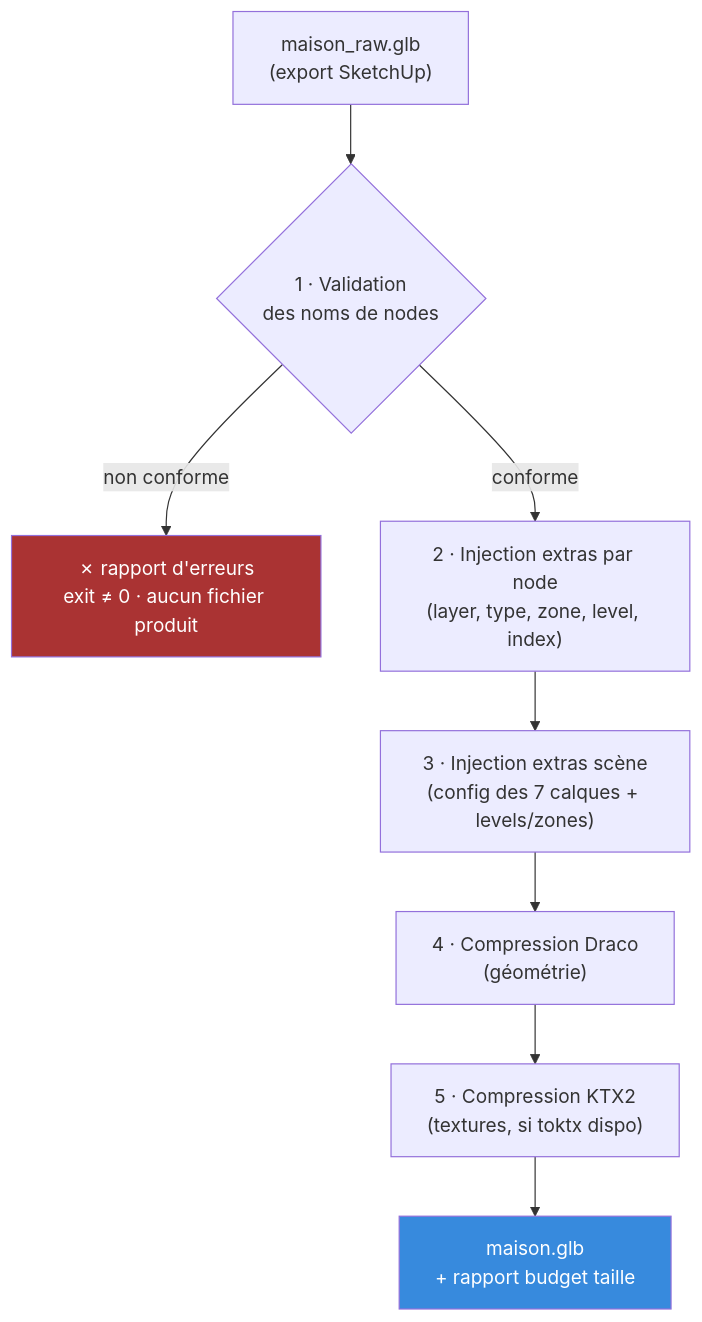
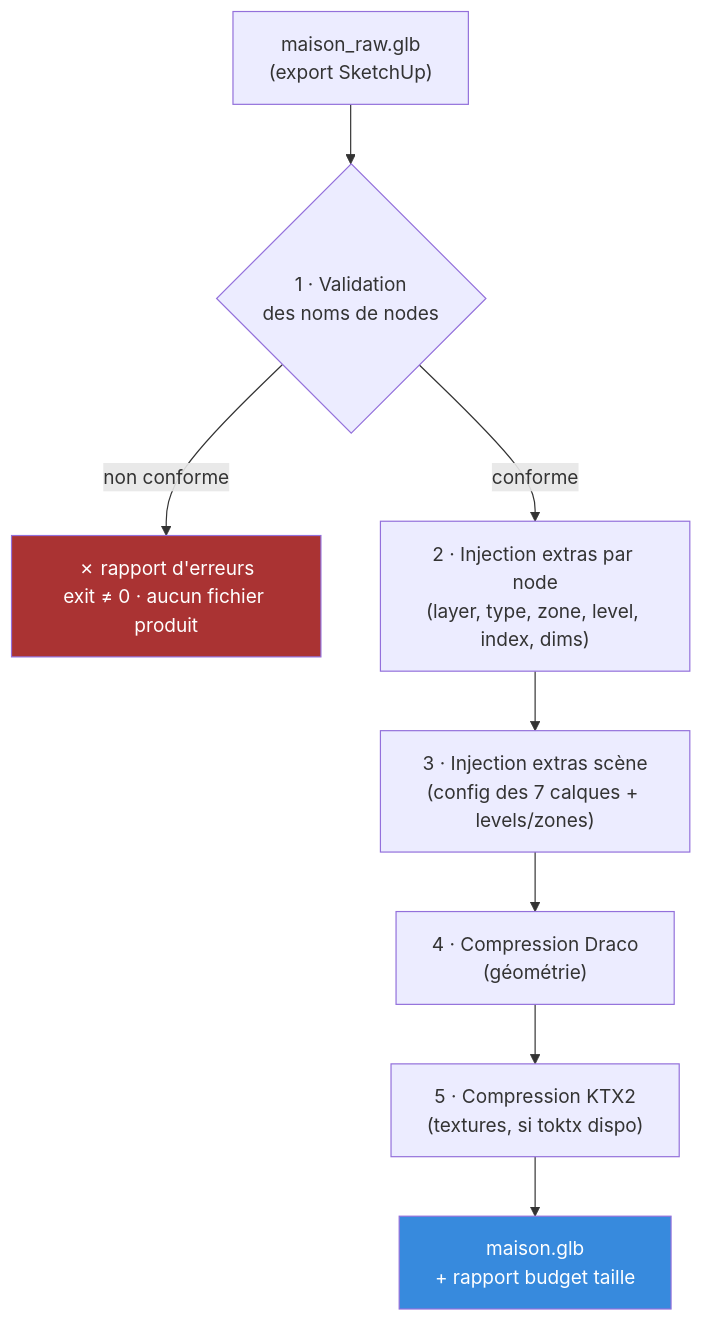
The second of 3 diagrams in docs/architecture.md (LaoTseu0/HDT), drawn with Mermaid before and after one commit. The commit also changed other lines of this file and 5 other files, not shown here.

````diff
--- a/docs/architecture.md
+++ b/docs/architecture.md
@@ -130,13 +130,13 @@
 ```mermaid
 flowchart TD
     IN["maison_raw.glb<br/>(export SketchUp)"] --> V{"1 · Validation<br/>des noms de nodes"}
     V -->|"non conforme"| ERR["✗ rapport d'erreurs<br/>exit ≠ 0 · aucun fichier produit"]
-    V -->|"conforme"| EX["2 · Injection extras par node<br/>(layer, type, zone, level, index)"]
+    V -->|"conforme"| EX["2 · Injection extras par node<br/>(layer, type, zone, level, index, dims)"]
     EX --> SC["3 · Injection extras scène<br/>(config des 7 calques + levels/zones)"]
     SC --> DR["4 · Compression Draco<br/>(géométrie)"]
     DR --> KT["5 · Compression KTX2<br/>(textures, si toktx dispo)"]
     KT --> OUT["maison.glb<br/>+ rapport budget taille"]
 
     style ERR fill:#a33,color:#fff
     style OUT fill:#378add,color:#fff
 ```
````
